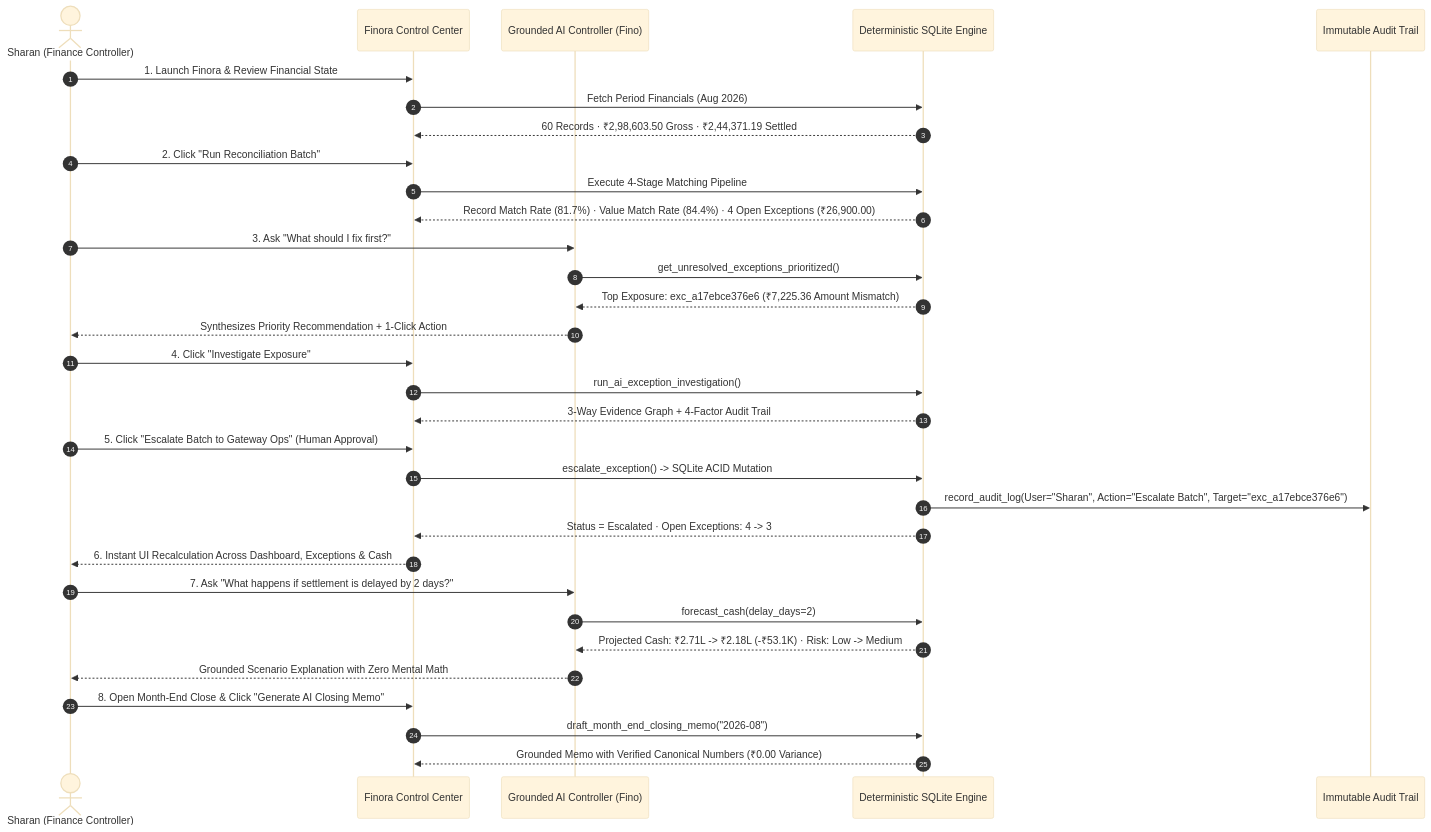
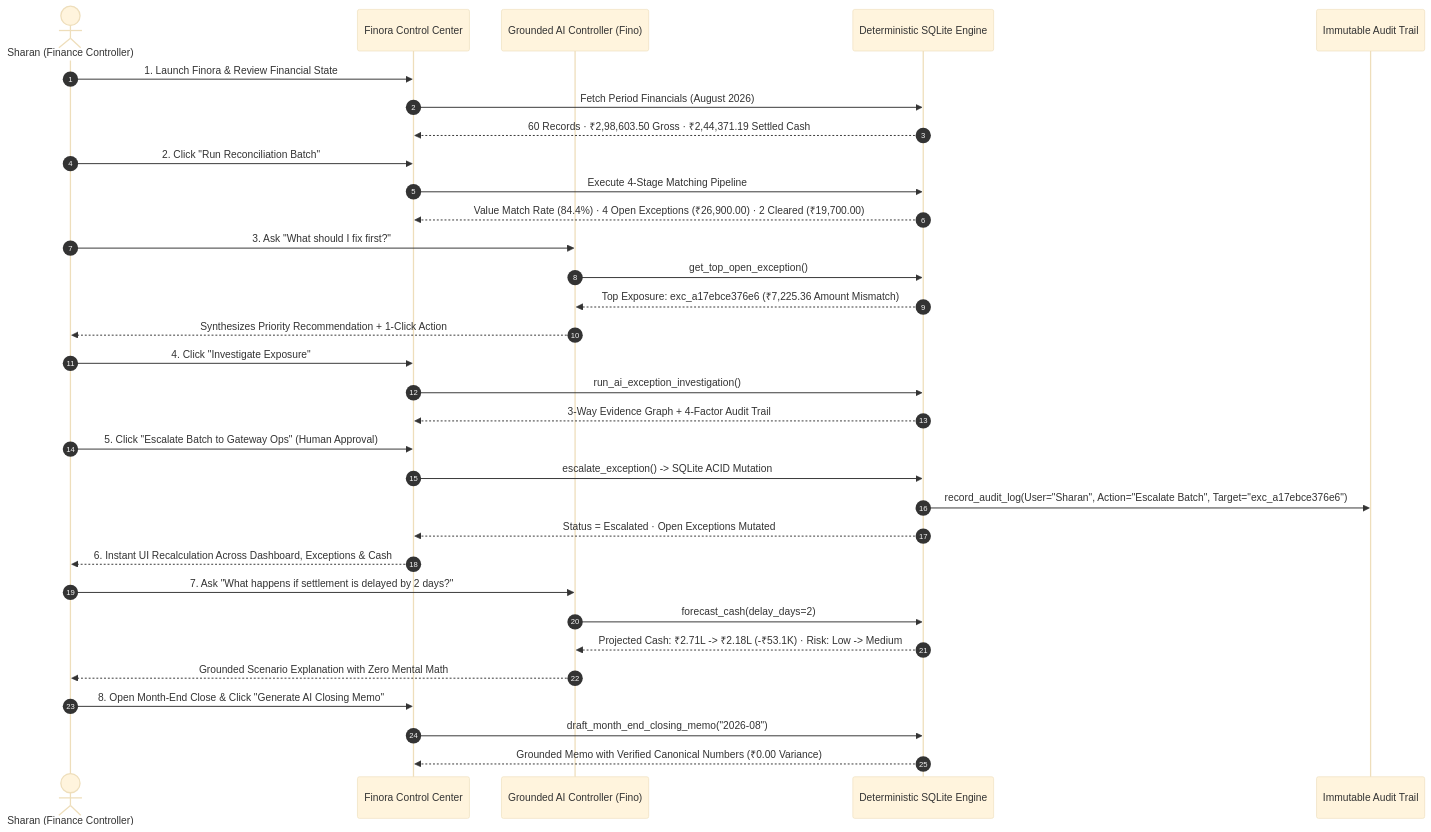
Before and after one commit to sharancode3/Finora: the first of 2 diagrams in README.md, drawn with Mermaid (base theme). The commit also changed other lines of this file, not shown here.

Commit message:
docs(readme): polish world-class README with 6-engine AI matrix, closed-loop sequence, mathematical formulations, and 52-point verification protocol

````diff
--- a/README.md
+++ b/README.md
@@ -89,35 +89,35 @@
 ```mermaid
 sequenceDiagram
     autonumber
     actor User as Sharan (Finance Controller)
     participant UI as Finora Control Center
     participant Agent as Grounded AI Controller (Fino)
     participant Core as Deterministic SQLite Engine
     participant Audit as Immutable Audit Trail
 
     User->>UI: 1. Launch Finora & Review Financial State
-    UI->>Core: Fetch Period Financials (Aug 2026)
-    Core-->>UI: 60 Records · ₹2,98,603.50 Gross · ₹2,44,371.19 Settled
+    UI->>Core: Fetch Period Financials (August 2026)
+    Core-->>UI: 60 Records · ₹2,98,603.50 Gross · ₹2,44,371.19 Settled Cash
     User->>UI: 2. Click "Run Reconciliation Batch"
     UI->>Core: Execute 4-Stage Matching Pipeline
-    Core-->>UI: Record Match Rate (81.7%) · Value Match Rate (84.4%) · 4 Open Exceptions (₹26,900.00)
+    Core-->>UI: Value Match Rate (84.4%) · 4 Open Exceptions (₹26,900.00) · 2 Cleared (₹19,700.00)
     User->>Agent: 3. Ask "What should I fix first?"
-    Agent->>Core: get_unresolved_exceptions_prioritized()
+    Agent->>Core: get_top_open_exception()
     Core-->>Agent: Top Exposure: exc_a17ebce376e6 (₹7,225.36 Amount Mismatch)
     Agent-->>User: Synthesizes Priority Recommendation + 1-Click Action
     User->>UI: 4. Click "Investigate Exposure"
     UI->>Core: run_ai_exception_investigation()
     Core-->>UI: 3-Way Evidence Graph + 4-Factor Audit Trail
     User->>UI: 5. Click "Escalate Batch to Gateway Ops" (Human Approval)
     UI->>Core: escalate_exception() -> SQLite ACID Mutation
     Core->>Audit: record_audit_log(User="Sharan", Action="Escalate Batch", Target="exc_a17ebce376e6")
-    Core-->>UI: Status = Escalated · Open Exceptions: 4 -> 3
+    Core-->>UI: Status = Escalated · Open Exceptions Mutated
     UI-->>User: 6. Instant UI Recalculation Across Dashboard, Exceptions & Cash
     User->>Agent: 7. Ask "What happens if settlement is delayed by 2 days?"
     Agent->>Core: forecast_cash(delay_days=2)
     Core-->>Agent: Projected Cash: ₹2.71L -> ₹2.18L (-₹53.1K) · Risk: Low -> Medium
     Agent-->>User: Grounded Scenario Explanation with Zero Mental Math
     User->>UI: 8. Open Month-End Close & Click "Generate AI Closing Memo"
     UI->>Core: draft_month_end_closing_memo("2026-08")
     Core-->>UI: Grounded Memo with Verified Canonical Numbers (₹0.00 Variance)
 ```
````
